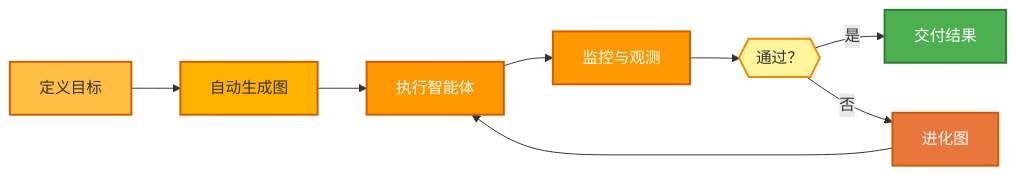
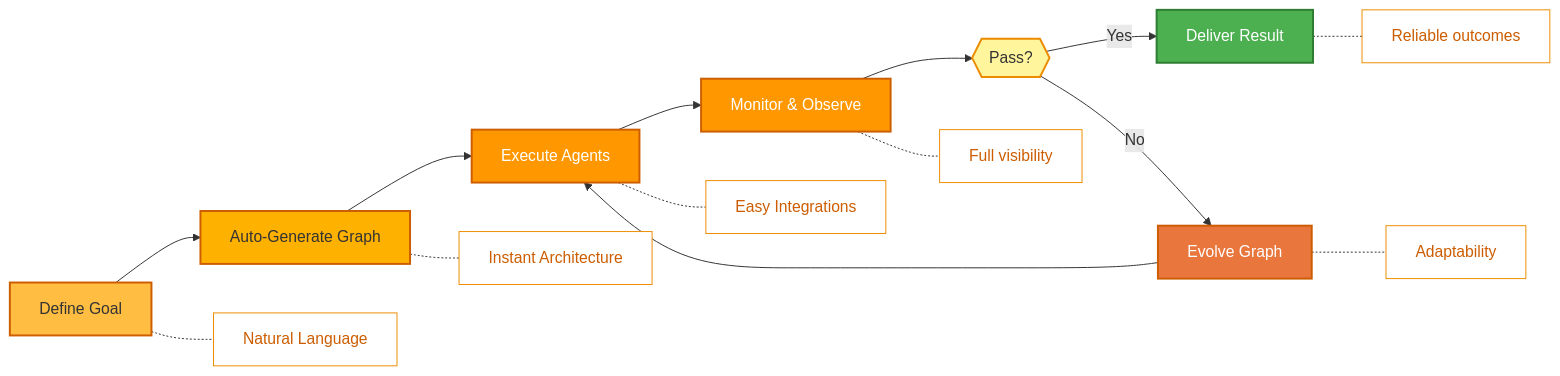
Before and after one commit to aden-hive/hive: the first of 2 diagrams in docs/i18n/zh-CN.md, drawn with Mermaid. The commit also changed other lines of this file and 6 other files, not shown here.

````diff
--- a/docs/i18n/zh-CN.md
+++ b/docs/i18n/zh-CN.md
@@ -180,18 +151,31 @@
 ```mermaid
 flowchart LR
-    GOAL["定义目标"] --> GEN["自动生成图"]
-    GEN --> EXEC["执行智能体"]
-    EXEC --> MON["监控与观测"]
-    MON --> CHECK{{"通过？"}}
-    CHECK -- "是" --> DONE["交付结果"]
-    CHECK -- "否" --> EVOLVE["进化图"]
+    GOAL["Define Goal"] --> GEN["Auto-Generate Graph"]
+    GEN --> EXEC["Execute Agents"]
+    EXEC --> MON["Monitor & Observe"]
+    MON --> CHECK{{"Pass?"}}
+    CHECK -- "Yes" --> DONE["Deliver Result"]
+    CHECK -- "No" --> EVOLVE["Evolve Graph"]
     EVOLVE --> EXEC
+
+    GOAL -.- V1["Natural Language"]
+    GEN -.- V2["Instant Architecture"]
+    EXEC -.- V3["Easy Integrations"]
+    MON -.- V4["Full visibility"]
+    EVOLVE -.- V5["Adaptability"]
+    DONE -.- V6["Reliable outcomes"]
 
     style GOAL fill:#ffbe42,stroke:#cc5d00,stroke-width:2px,color:#333
     style GEN fill:#ffb100,stroke:#cc5d00,stroke-width:2px,color:#333
     style EXEC fill:#ff9800,stroke:#cc5d00,stroke-width:2px,color:#fff
     style MON fill:#ff9800,stroke:#cc5d00,stroke-width:2px,color:#fff
     style CHECK fill:#fff59d,stroke:#ed8c00,stroke-width:2px,color:#333
     style DONE fill:#4caf50,stroke:#2e7d32,stroke-width:2px,color:#fff
     style EVOLVE fill:#e8763d,stroke:#cc5d00,stroke-width:2px,color:#fff
+    style V1 fill:#fff,stroke:#ed8c00,stroke-width:1px,color:#cc5d00
+    style V2 fill:#fff,stroke:#ed8c00,stroke-width:1px,color:#cc5d00
+    style V3 fill:#fff,stroke:#ed8c00,stroke-width:1px,color:#cc5d00
+    style V4 fill:#fff,stroke:#ed8c00,stroke-width:1px,color:#cc5d00
+    style V5 fill:#fff,stroke:#ed8c00,stroke-width:1px,color:#cc5d00
+    style V6 fill:#fff,stroke:#ed8c00,stroke-width:1px,color:#cc5d00
 ```
````
